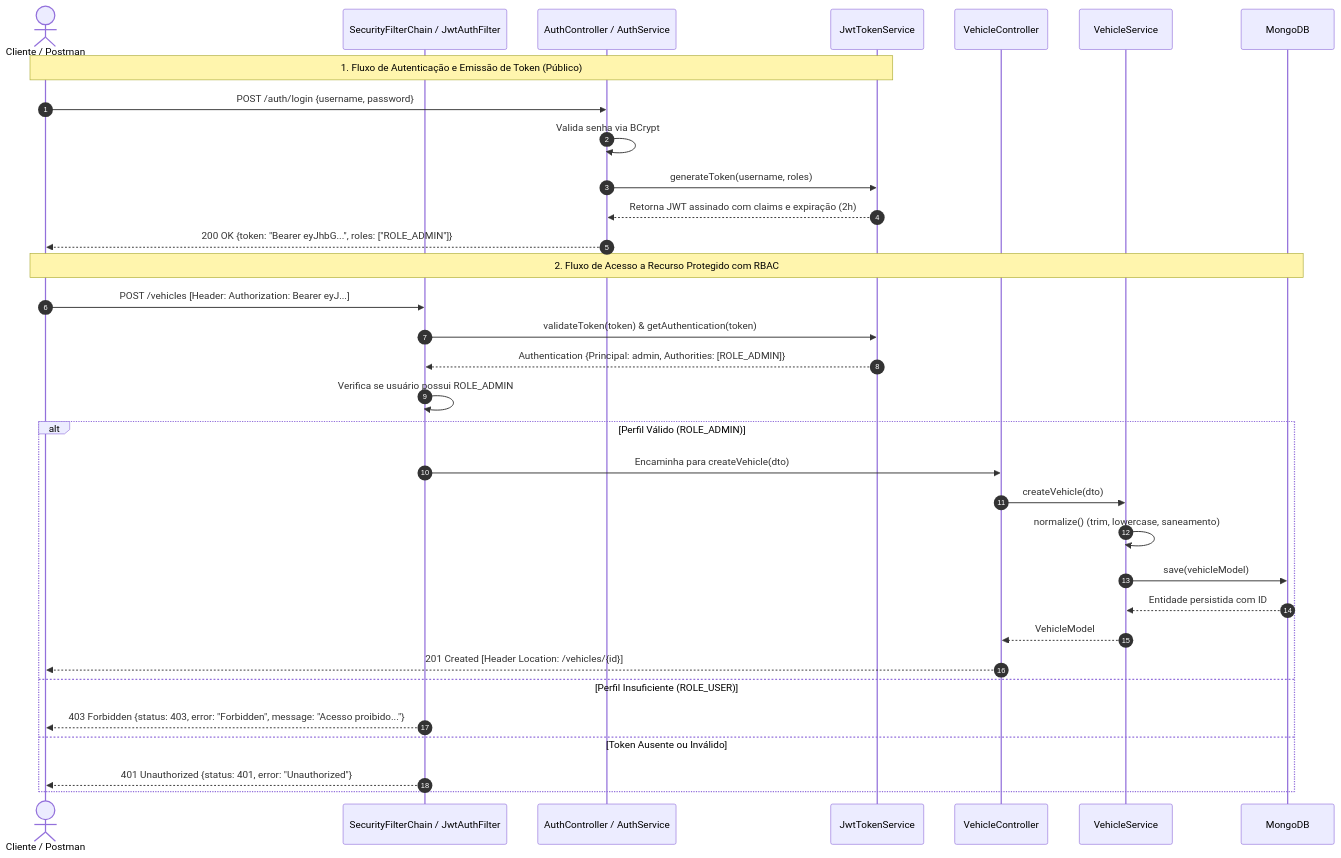
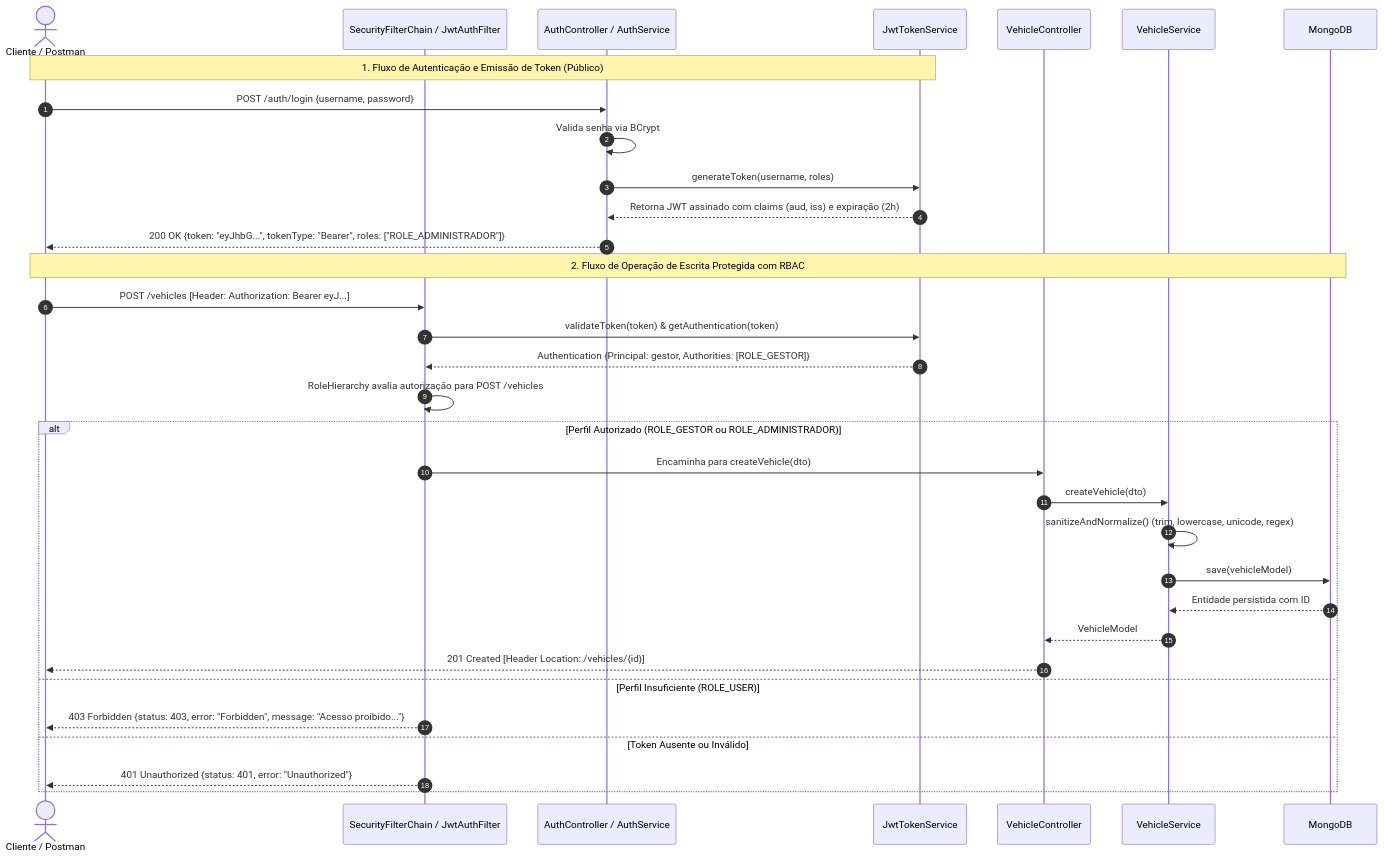
One commit to Vinicius-Prestes/specvora-service changed the second of 2 diagrams in README.md. Above: the diagram before and after it, drawn with Mermaid. The commit also changed other lines of this file and 36 other files, not shown here.

````diff
--- a/README.md
+++ b/README.md
@@ -61,39 +69,39 @@
 ```mermaid
 sequenceDiagram
     autonumber
     actor User as Cliente / Postman
     participant Sec as SecurityFilterChain / JwtAuthFilter
     participant Auth as AuthController / AuthService
     participant Token as JwtTokenService
     participant Ctrl as VehicleController
     participant Srv as VehicleService
     participant DB as MongoDB
 
     %% Fluxo de Login
     Note over User,Token: 1. Fluxo de Autenticação e Emissão de Token (Público)
     User->>Auth: POST /auth/login {username, password}
     Auth->>Auth: Valida senha via BCrypt
     Auth->>Token: generateToken(username, roles)
-    Token-->>Auth: Retorna JWT assinado com claims e expiração (2h)
-    Auth-->>User: 200 OK {token: "Bearer eyJhbG...", roles: ["ROLE_ADMIN"]}
+    Token-->>Auth: Retorna JWT assinado com claims (aud, iss) e expiração (2h)
+    Auth-->>User: 200 OK {token: "eyJhbG...", tokenType: "Bearer", roles: ["ROLE_ADMINISTRADOR"]}
 
-    %% Fluxo de Consulta/Escrita Protegida
-    Note over User,DB: 2. Fluxo de Acesso a Recurso Protegido com RBAC
+    %% Fluxo de Criação Protegida com RBAC
+    Note over User,DB: 2. Fluxo de Operação de Escrita Protegida com RBAC
     User->>Sec: POST /vehicles [Header: Authorization: Bearer eyJ...]
     Sec->>Token: validateToken(token) & getAuthentication(token)
-    Token-->>Sec: Authentication {Principal: admin, Authorities: [ROLE_ADMIN]}
-    Sec->>Sec: Verifica se usuário possui ROLE_ADMIN
-    alt Perfil Válido (ROLE_ADMIN)
+    Token-->>Sec: Authentication {Principal: gestor, Authorities: [ROLE_GESTOR]}
+    Sec->>Sec: RoleHierarchy avalia autorização para POST /vehicles
+    alt Perfil Autorizado (ROLE_GESTOR ou ROLE_ADMINISTRADOR)
         Sec->>Ctrl: Encaminha para createVehicle(dto)
         Ctrl->>Srv: createVehicle(dto)
-        Srv->>Srv: normalize() (trim, lowercase, saneamento)
+        Srv->>Srv: sanitizeAndNormalize() (trim, lowercase, unicode, regex)
         Srv->>DB: save(vehicleModel)
         DB-->>Srv: Entidade persistida com ID
         Srv-->>Ctrl: VehicleModel
         Ctrl-->>User: 201 Created [Header Location: /vehicles/{id}]
     else Perfil Insuficiente (ROLE_USER)
         Sec-->>User: 403 Forbidden {status: 403, error: "Forbidden", message: "Acesso proibido..."}
     else Token Ausente ou Inválido
         Sec-->>User: 401 Unauthorized {status: 401, error: "Unauthorized"}
     end
 ```
````
